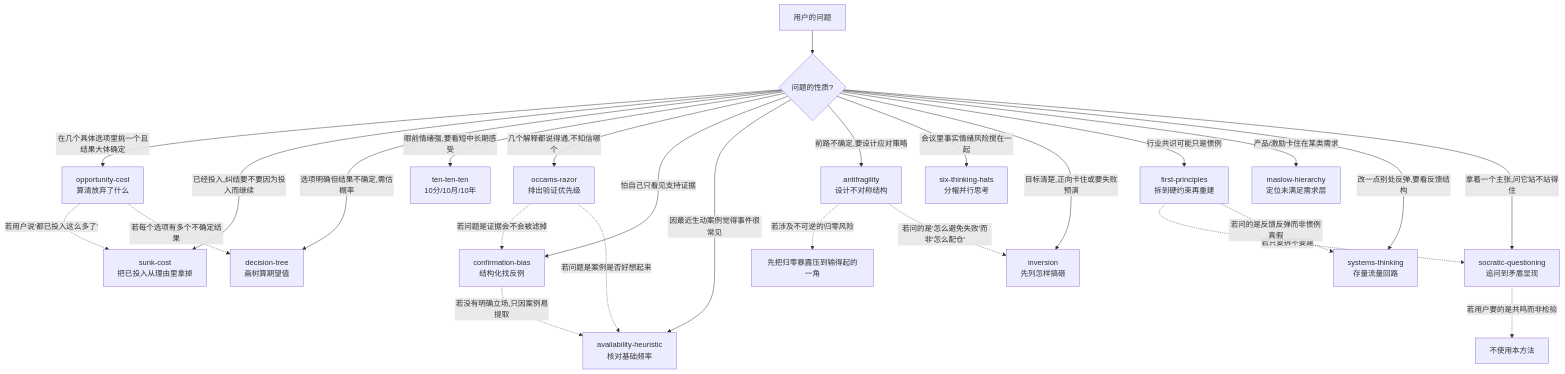
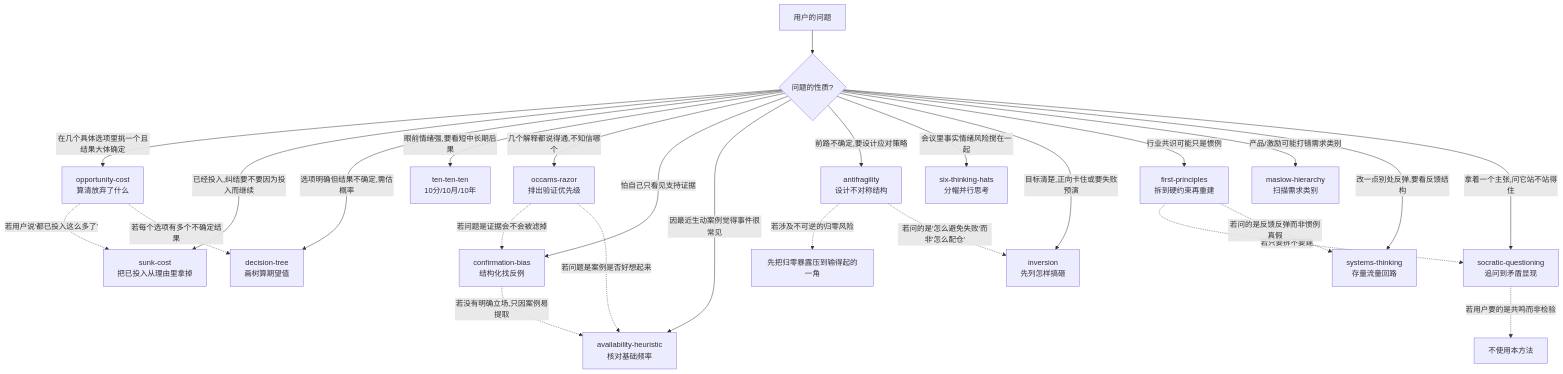
Before and after one commit to HuangChenning/modelosophy: the diagram in skills/ThinkingModels/README.md, drawn with Mermaid. The commit also changed other lines of this file, not shown here.

Commit message:
docs(skills): tighten ten-ten-ten and Maslow distinction wording

````diff
--- a/skills/ThinkingModels/README.md
+++ b/skills/ThinkingModels/README.md
@@ -30,29 +30,29 @@
 ```mermaid
 graph TD
     A[用户的问题] --> B{问题的性质?}
     B -->|在几个具体选项里挑一个且结果大体确定| C[opportunity-cost<br/>算清放弃了什么]
     B -->|已经投入,纠结要不要因为投入而继续| S[sunk-cost<br/>把已投入从理由里拿掉]
     B -->|选项明确但结果不确定,需估概率| DT[decision-tree<br/>画树算期望值]
-    B -->|眼前情绪强,要看短中长期感受| TTT[ten-ten-ten<br/>10分/10月/10年]
+    B -->|眼前情绪强,要看短中长期后果| TTT[ten-ten-ten<br/>10分/10月/10年]
     B -->|几个解释都说得通,不知信哪个| D[occams-razor<br/>排出验证优先级]
     B -->|怕自己只看见支持证据| CB[confirmation-bias<br/>结构化找反例]
     B -->|因最近生动案例觉得事件很常见| AH[availability-heuristic<br/>核对基础频率]
     B -->|前路不确定,要设计应对策略| E[antifragility<br/>设计不对称结构]
     B -->|会议里事实情绪风险搅在一起| HATS[six-thinking-hats<br/>分帽并行思考]
     B -->|目标清楚,正向卡住或要失败预演| INV[inversion<br/>先列怎样搞砸]
     B -->|行业共识可能只是惯例| FP[first-principles<br/>拆到硬约束再重建]
-    B -->|产品/激励卡住在某类需求| MAS[maslow-hierarchy<br/>定位未满足需求层]
+    B -->|产品/激励可能打错需求类别| MAS[maslow-hierarchy<br/>扫描需求类别]
     B -->|改一点别处反弹,要看反馈结构| SYS[systems-thinking<br/>存量流量回路]
     B -->|拿着一个主张,问它站不站得住| H[socratic-questioning<br/>追问到矛盾显现]
 
     C -.->|若用户说'都已投入这么多了'| S
     C -.->|若每个选项有多个不确定结果| DT
     E -.->|若涉及不可逆的归零风险| G[先把归零暴露压到输得起的一角]
     E -.->|若问的是'怎么避免失败'而非'怎么配仓'| INV
     H -.->|若用户要的是共鸣而非检验| I[不使用本方法]
     D -.->|若问题是证据会不会被滤掉| CB
     D -.->|若问题是案例是否好想起来| AH
     FP -.->|若只要拆不要建| H
     FP -.->|若问的是反馈反弹而非惯例真假| SYS
     CB -.->|若没有明确立场,只因案例易提取| AH
 ```
````
